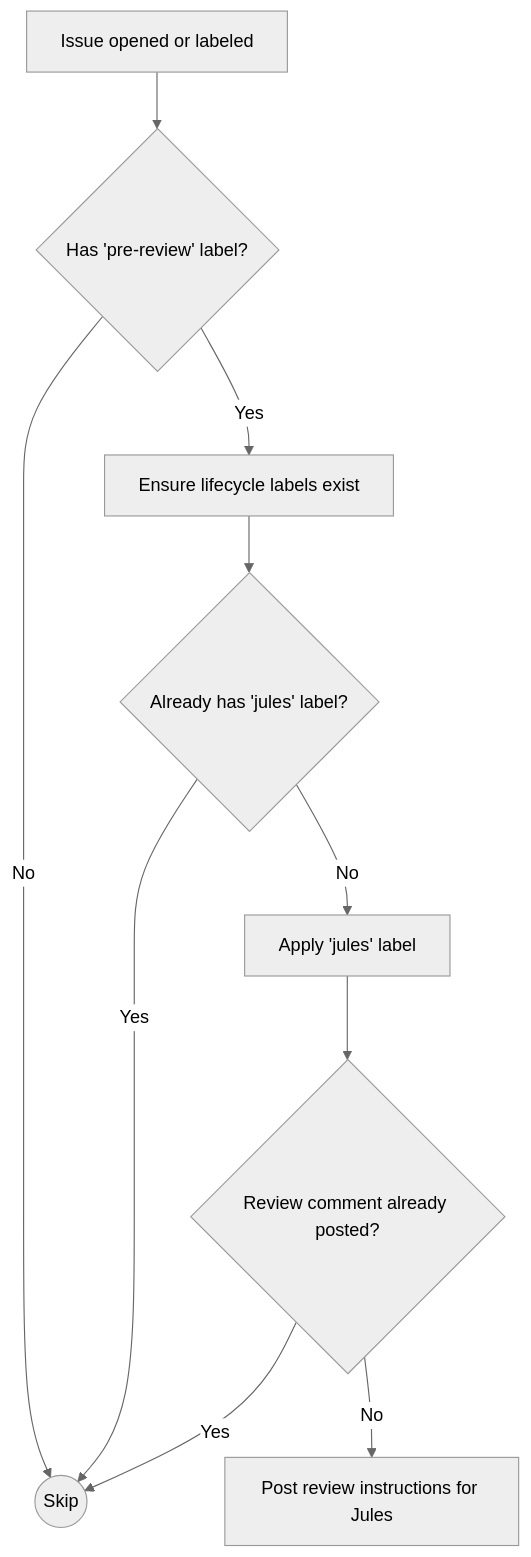
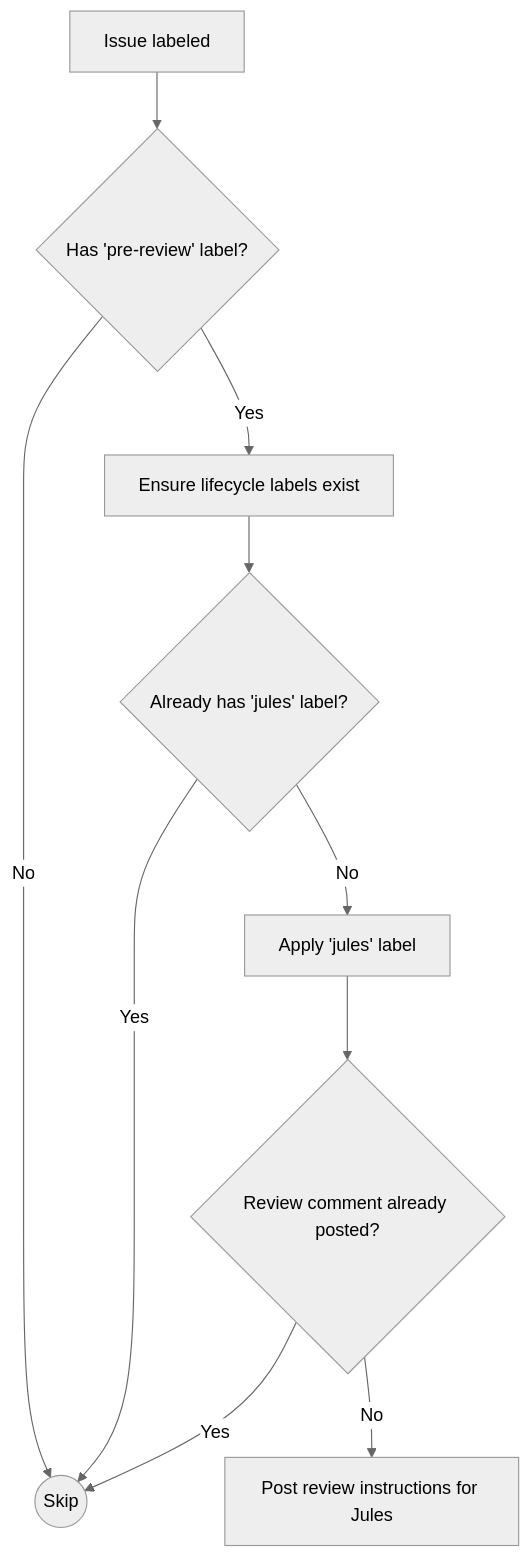
Before and after one commit to LokiMetaSmith/keystone-polyphony: the fourth of 6 diagrams in docs/ci-cd.md, drawn with Mermaid (neutral theme). The commit also changed other lines of this file, not shown here.

Commit message:
docs: sync ci-cd.md trigger description with actual labeled-only behavior

````diff
--- a/docs/ci-cd.md
+++ b/docs/ci-cd.md
@@ -70,12 +70,12 @@
 ```mermaid
 graph TD
-    A[Issue opened or labeled] --> B{Has 'pre-review' label?}
+    A[Issue labeled] --> B{Has 'pre-review' label?}
     B -- No --> Skip((Skip))
     B -- Yes --> C[Ensure lifecycle labels exist]
     C --> D{Already has 'jules' label?}
     D -- Yes --> Skip
     D -- No --> E[Apply 'jules' label]
     E --> F{Review comment already posted?}
     F -- Yes --> Skip
     F -- No --> G[Post review instructions for Jules]
 ```
````
